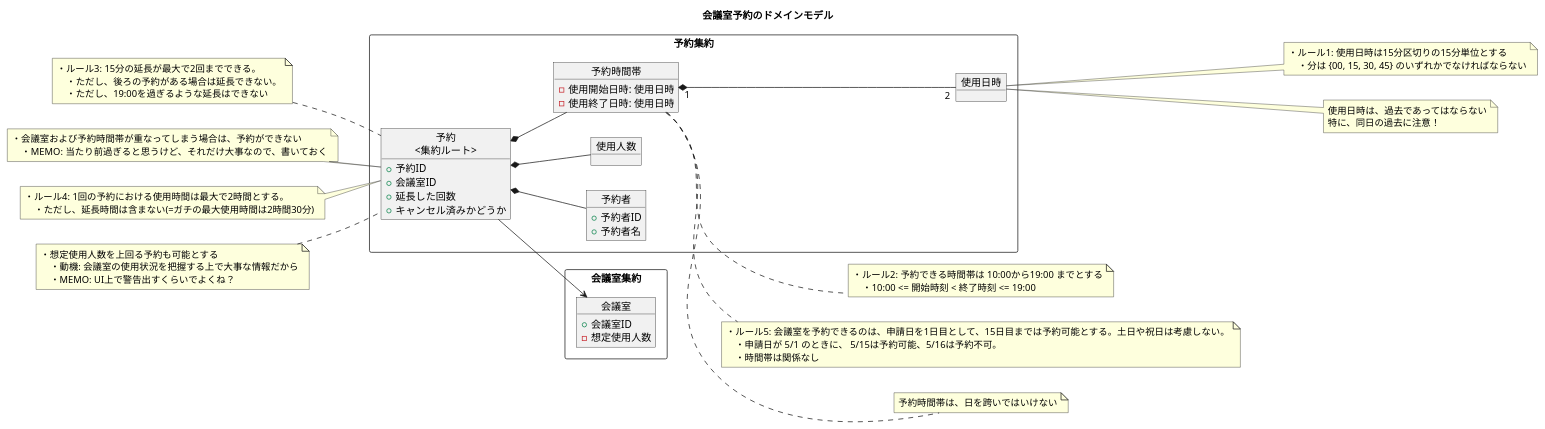
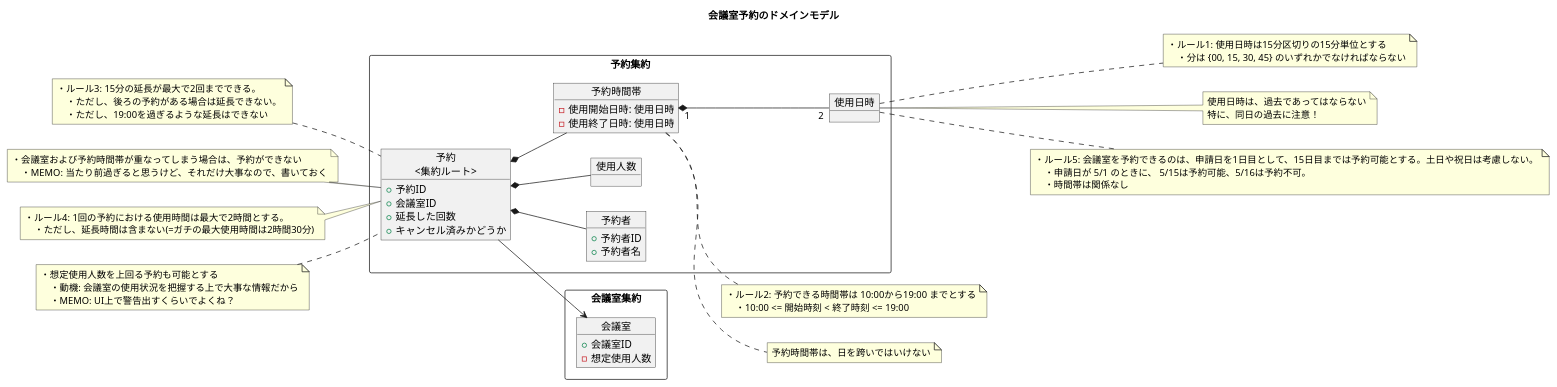
Before and after one commit to ModelingKai/meeting-room-python: the diagram in diagram/ドメインモデル.puml, drawn with PlantUML. The commit also changed 4 other files, not shown here.

First line of the commit message:
「申請日を1日目として15日目より先の予約はできない」チェック責任を「使用日時」にもたせた。ドメインモデルも更新した。

```diff
--- a/diagram/ドメインモデル.puml
+++ b/diagram/ドメインモデル.puml
@@ -1,105 +1,101 @@
 @startuml
 
 title 会議室予約のドメインモデル
 
 left to right direction
 
 
 rectangle 予約集約 {
     object "予約\n<集約ルート>" as c1 {
         + 予約ID
         + 会議室ID
         + 延長した回数
         + キャンセル済みかどうか
     }
 
     object 予約者 {
         + 予約者ID
         + 予約者名
     }
 
     object 使用人数 {
     }
 
     object 予約時間帯 {
         - 使用開始日時: 使用日時
         - 使用終了日時: 使用日時
     }
 
     object 使用日時 {
     }
 }
 
 
 rectangle 会議室集約 {
     object 会議室 {
         + 会議室ID
         - 想定使用人数
     }
 }
 
 
 c1 --> 会議室
 c1 *-- 予約者
 c1 *-- 使用人数
 c1 *-- 予約時間帯
 予約時間帯 "1" *-- "2" 使用日時
 
 ' ===== 予約 =====
 note left of c1
 ・ルール3: 15分の延長が最大で2回までできる。
     ・ただし、後ろの予約がある場合は延長できない。
     ・ただし、19:00を過ぎるような延長はできない
 end note
 
 note left of c1
 ・会議室および予約時間帯が重なってしまう場合は、予約ができない
     ・MEMO: 当たり前過ぎると思うけど、それだけ大事なので、書いておく
 end note
 
 note left of c1
 ・ルール4: 1回の予約における使用時間は最大で2時間とする。
     ・ただし、延長時間は含まない(=ガチの最大使用時間は2時間30分)
 end note
 
 note left of c1
 ・想定使用人数を上回る予約も可能とする
     ・動機: 会議室の使用状況を把握する上で大事な情報だから
     ・MEMO: UI上で警告出すくらいでよくね？
 end note
 
 ' ===== 予約時間帯 =====
 note right of 予約時間帯
 ・ルール2: 予約できる時間帯は 10:00から19:00 までとする
     ・10:00 <= 開始時刻 < 終了時刻 <= 19:00
 end note
 
 
-note right of 予約時間帯
-・ルール5: 会議室を予約できるのは、申請日を1日目として、15日目までは予約可能とする。土日や祝日は考慮しない。
-　・申請日が 5/1 のときに、 5/15は予約可能、5/16は予約不可。
-　・時間帯は関係なし
-end note
 
 note right of 予約時間帯
 予約時間帯は、日を跨いではいけない
 end note
 
 
 ' ===== 使用日時 =====
 note right of 使用日時
 ・ルール1: 使用日時は15分区切りの15分単位とする
     ・分は {00, 15, 30, 45} のいずれかでなければならない
 end note
 
 note right of 使用日時
 使用日時は、過去であってはならない
 特に、同日の過去に注意！
 end note
 
-
-
-
-
+note right of 使用日時
+・ルール5: 会議室を予約できるのは、申請日を1日目として、15日目までは予約可能とする。土日や祝日は考慮しない。
+    ・申請日が 5/1 のときに、 5/15は予約可能、5/16は予約不可。
+    ・時間帯は関係なし
+end note
 
 @enduml
```
